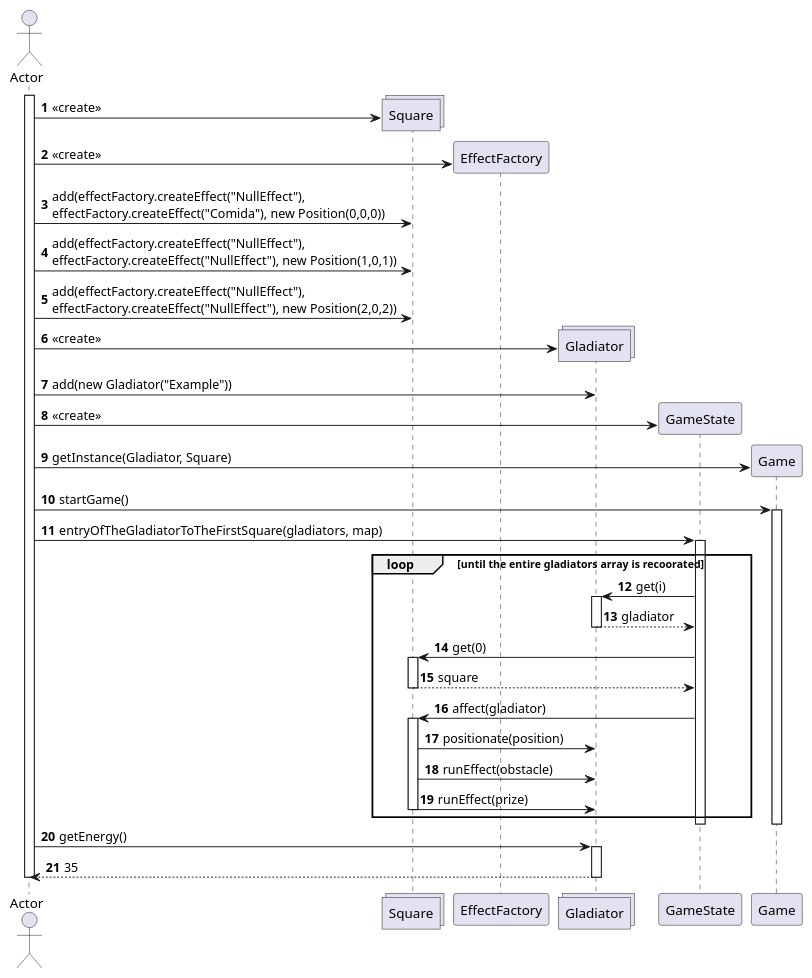
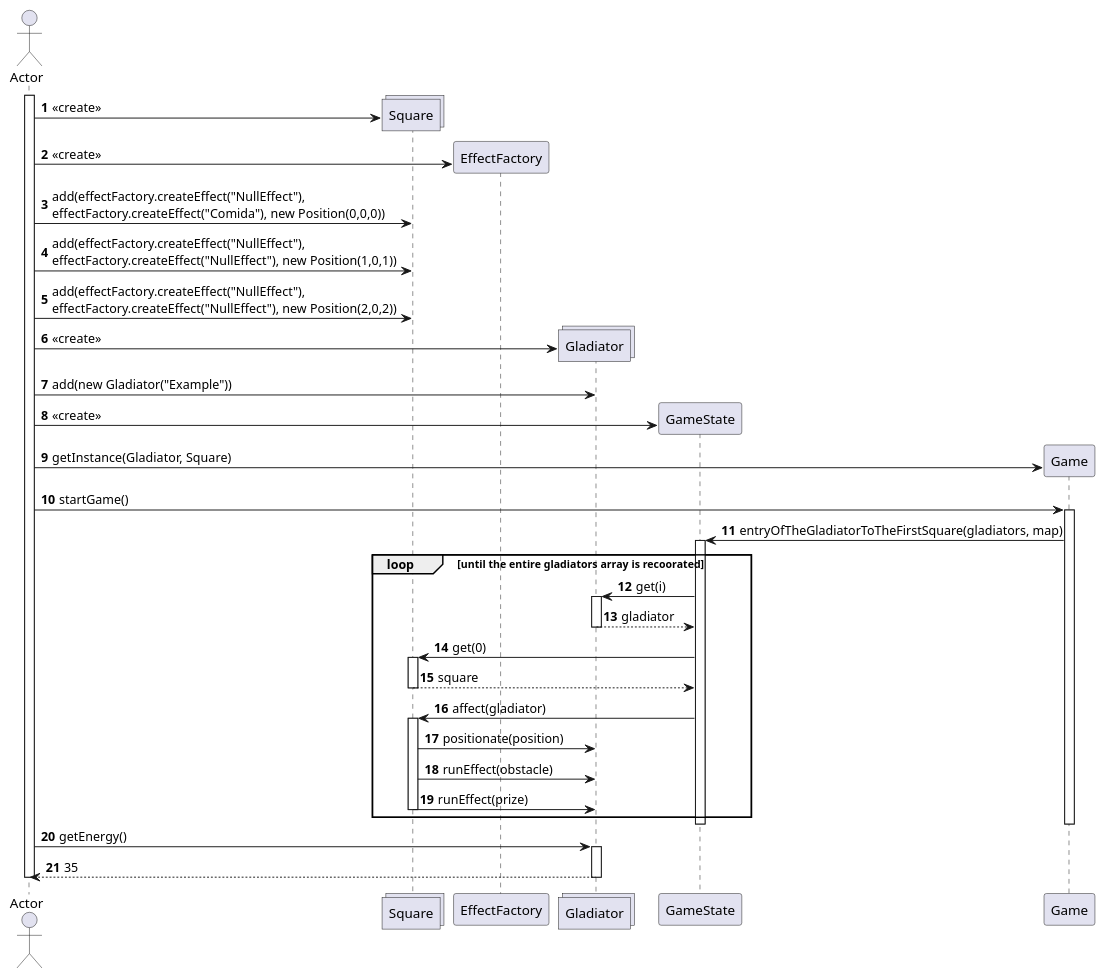
The diagram in diagrams/sequences/UseCase02.plantuml (PabloGCH/tp2-algo3), drawn with PlantUML before and after one commit. The commit also changed 4 other files, not shown here.

```diff
--- a/diagrams/sequences/UseCase02.plantuml
+++ b/diagrams/sequences/UseCase02.plantuml
@@ -1,51 +1,51 @@
 @startuml
 autonumber
 actor Actor
 activate Actor
 create collections Square
 Actor -> Square: <<create>>
 create EffectFactory
 Actor -> EffectFactory: <<create>>
 Actor -> Square: add(effectFactory.createEffect("NullEffect"),\neffectFactory.createEffect("Comida"), new Position(0,0,0))
 Actor -> Square: add(effectFactory.createEffect("NullEffect"),\neffectFactory.createEffect("NullEffect"), new Position(1,0,1))
 Actor -> Square: add(effectFactory.createEffect("NullEffect"),\neffectFactory.createEffect("NullEffect"), new Position(2,0,2))
 
 create collections Gladiator
 Actor -> Gladiator: <<create>>
 Actor -> Gladiator: add(new Gladiator("Example"))
 
 create GameState
 Actor -> GameState: <<create>>
 
 create Game
 Actor -> Game: getInstance(Gladiator, Square)
 
 Actor -> Game: startGame()
 activate Game
-    Actor -> GameState: entryOfTheGladiatorToTheFirstSquare(gladiators, map)
+    Game -> GameState: entryOfTheGladiatorToTheFirstSquare(gladiators, map)
     activate GameState
         loop until the entire gladiators array is recoorated
             GameState -> Gladiator: get(i)
             activate Gladiator
             Gladiator --> GameState: gladiator
             deactivate Gladiator
             GameState -> Square: get(0)
             activate Square
             Square --> GameState: square
             deactivate Square
             GameState -> Square: affect(gladiator)
             activate Square
             Square -> Gladiator: positionate(position)
             Square -> Gladiator: runEffect(obstacle)
             Square -> Gladiator: runEffect(prize)
             deactivate Square
         end loop
     deactivate GameState
 deactivate Game
 
 Actor -> Gladiator: getEnergy()
 activate Gladiator
     Gladiator --> Actor: 35
 deactivate Gladiator
 deactivate Actor
 @enduml
```
